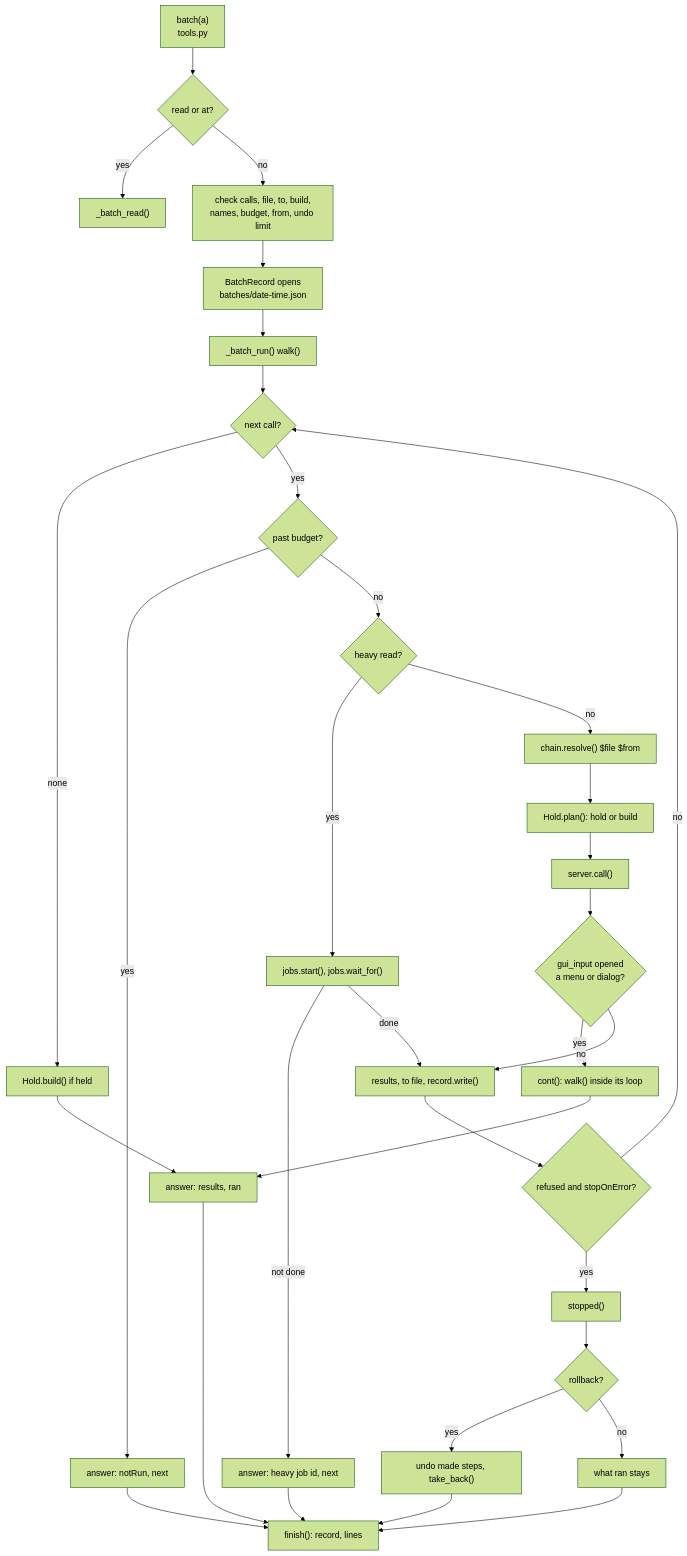
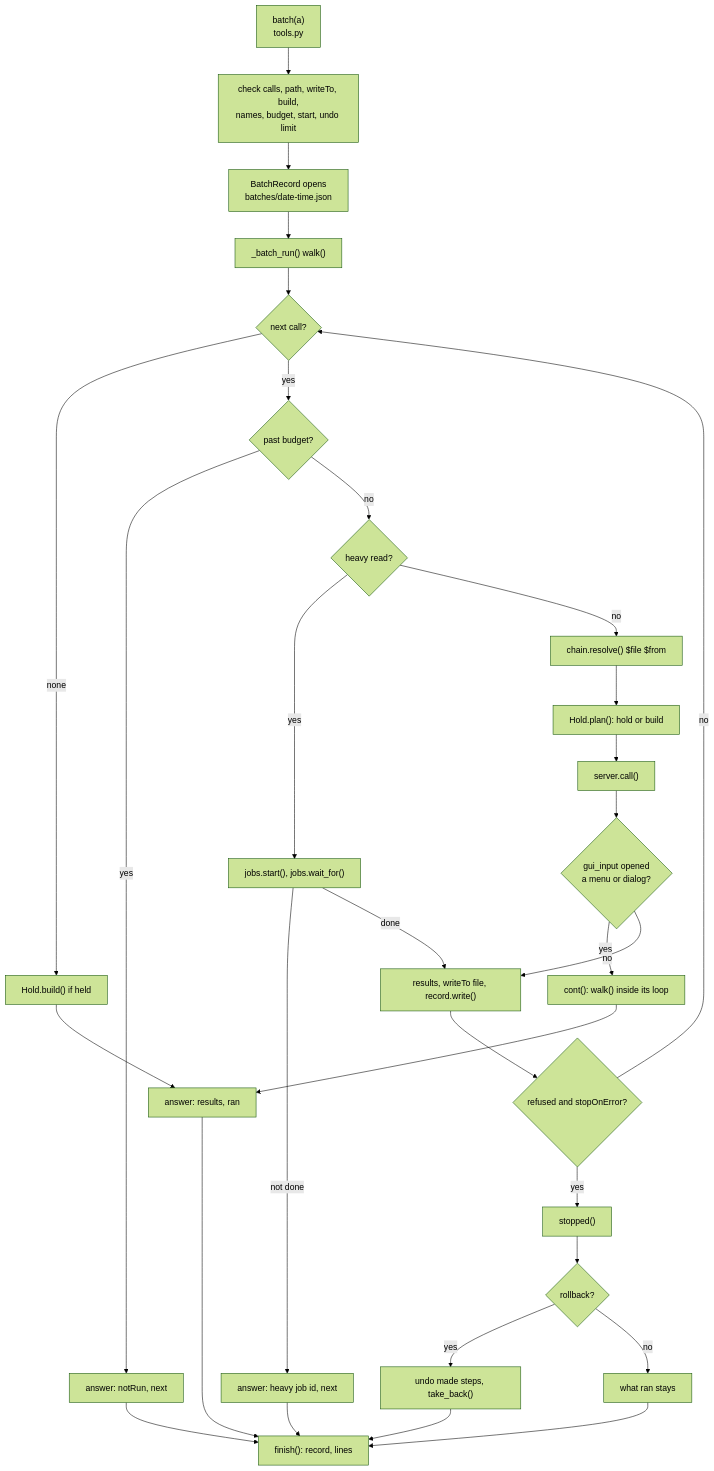
Before and after one commit to jamesK1000011/AgentLink-FreeCAD: the diagram in docs/workflow/batch.md, drawn with Mermaid (forest theme). The commit also changed other lines of this file and 23 other files, not shown here.

First line of the commit message:
record_read reads batch records; batch path, start and writeTo (rename set 2) [skip ci]

````diff
--- a/docs/workflow/batch.md
+++ b/docs/workflow/batch.md
@@ -69,34 +69,32 @@
 ```mermaid
 flowchart TD
-  A["batch(a)<br/>tools.py"] --> R{"read or at?"}
-  R -->|"yes"| RB["_batch_read()"]
-  R -->|"no"| V["check calls, file, to, build,<br/>names, budget, from, undo limit"]
+  A["batch(a)<br/>tools.py"] --> V["check calls, path, writeTo, build,<br/>names, budget, start, undo limit"]
   V --> REC["BatchRecord opens<br/>batches/date-time.json"]
   REC --> W["_batch_run() walk()"]
   W --> N{"next call?"}
   N -->|"none"| BE["Hold.build() if held"] --> OK["answer: results, ran"]
   N -->|"yes"| BU{"past budget?"}
   BU -->|"yes"| NR["answer: notRun, next"]
   BU -->|"no"| HV{"heavy read?"}
   HV -->|"yes"| JB["jobs.start(), jobs.wait_for()"]
   JB -->|"not done"| HJ["answer: heavy job id, next"]
   JB -->|"done"| RES
   HV -->|"no"| REF["chain.resolve() $file $from"]
   REF --> HO["Hold.plan(): hold or build"]
   HO --> CALL["server.call()"]
   CALL --> GI{"gui_input opened<br/>a menu or dialog?"}
   GI -->|"yes"| CONT["cont(): walk() inside its loop"]
   CONT --> OK
-  GI -->|"no"| RES["results, to file, record.write()"]
+  GI -->|"no"| RES["results, writeTo file, record.write()"]
   RES --> RF{"refused and stopOnError?"}
   RF -->|"no"| N
   RF -->|"yes"| ST["stopped()"]
   ST --> RB2{"rollback?"}
   RB2 -->|"yes"| UN["undo made steps, take_back()"]
   RB2 -->|"no"| KEEP["what ran stays"]
   UN --> FIN["finish(): record, lines"]
   KEEP --> FIN
   OK --> FIN
   NR --> FIN
   HJ --> FIN
 ```
````
